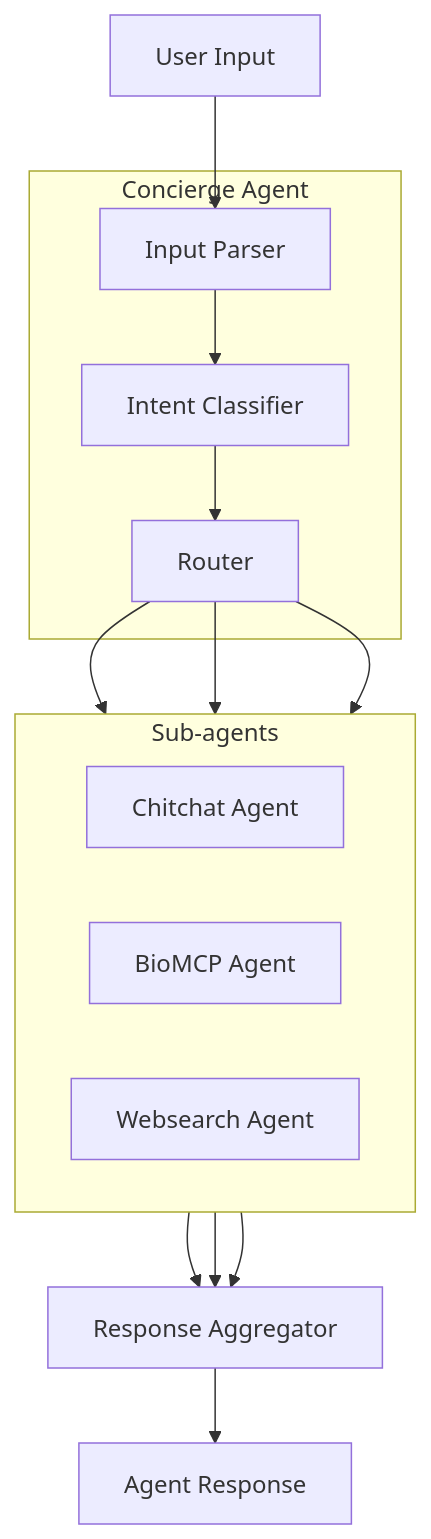
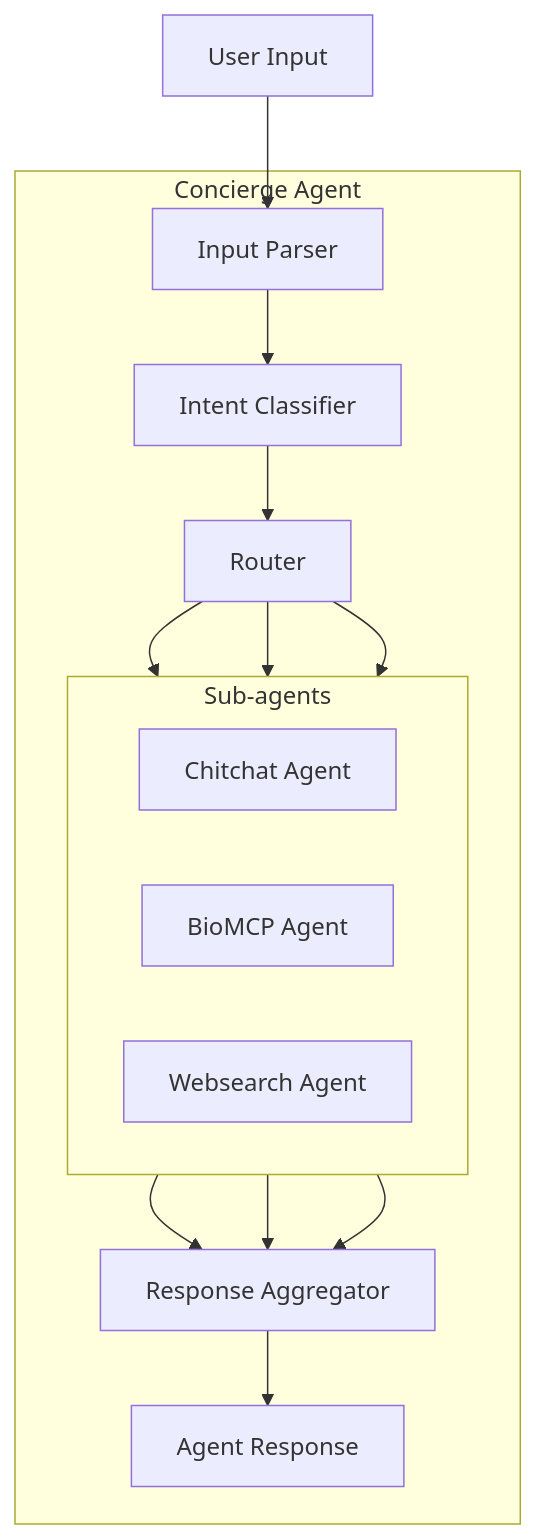
The diagram in README.md (theodoremui/bioreasoning), drawn with Mermaid before and after one commit.

Commit message:
Updating mermaid diagram

````diff
--- a/README.md
+++ b/README.md
@@ -33,32 +33,33 @@
 ```mermaid
 flowchart TB
     %% Top: User input
     U[User Input] 
     
     %% Concierge Agent layer
     U --> CA1
     subgraph "Concierge Agent"
       CA1[Input Parser]
       CA2[Intent Classifier]
       CA3[Router]
       CA1 --> CA2 --> CA3
+
+        %% Agent Processing Layer
+        subgraph "Sub-agents"
+            direction LR
+            CC[Chitchat Agent]
+            BM[BioMCP Agent]
+            WS[Websearch Agent]
+        end
+        
+        CA3 --> CC
+        CA3 --> BM
+        CA3 --> WS
+
+        %% Aggregation and output
+        CC --> AG[Response Aggregator]
+        BM --> AG
+        WS --> AG
+        AG --> AR[Agent Response]
+
     end
-    
-    %% Agent Processing Layer
-    subgraph "Sub-agents"
-        direction LR
-        CC[Chitchat Agent]
-        BM[BioMCP Agent]
-        WS[Websearch Agent]
-    end
-    
-    CA3 --> CC
-    CA3 --> BM
-    CA3 --> WS
-
-    %% Aggregation and output
-    CC --> AG[Response Aggregator]
-    BM --> AG
-    WS --> AG
-    AG --> AR[Agent Response]
 ```
````
